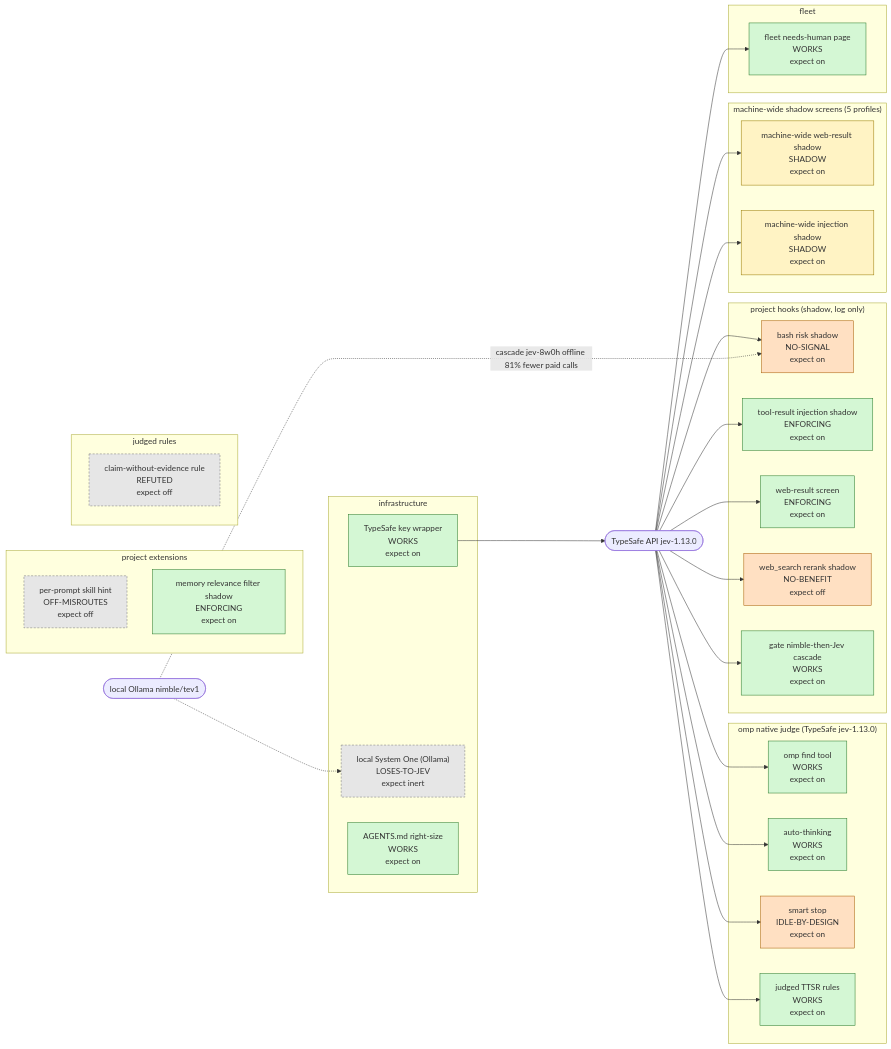
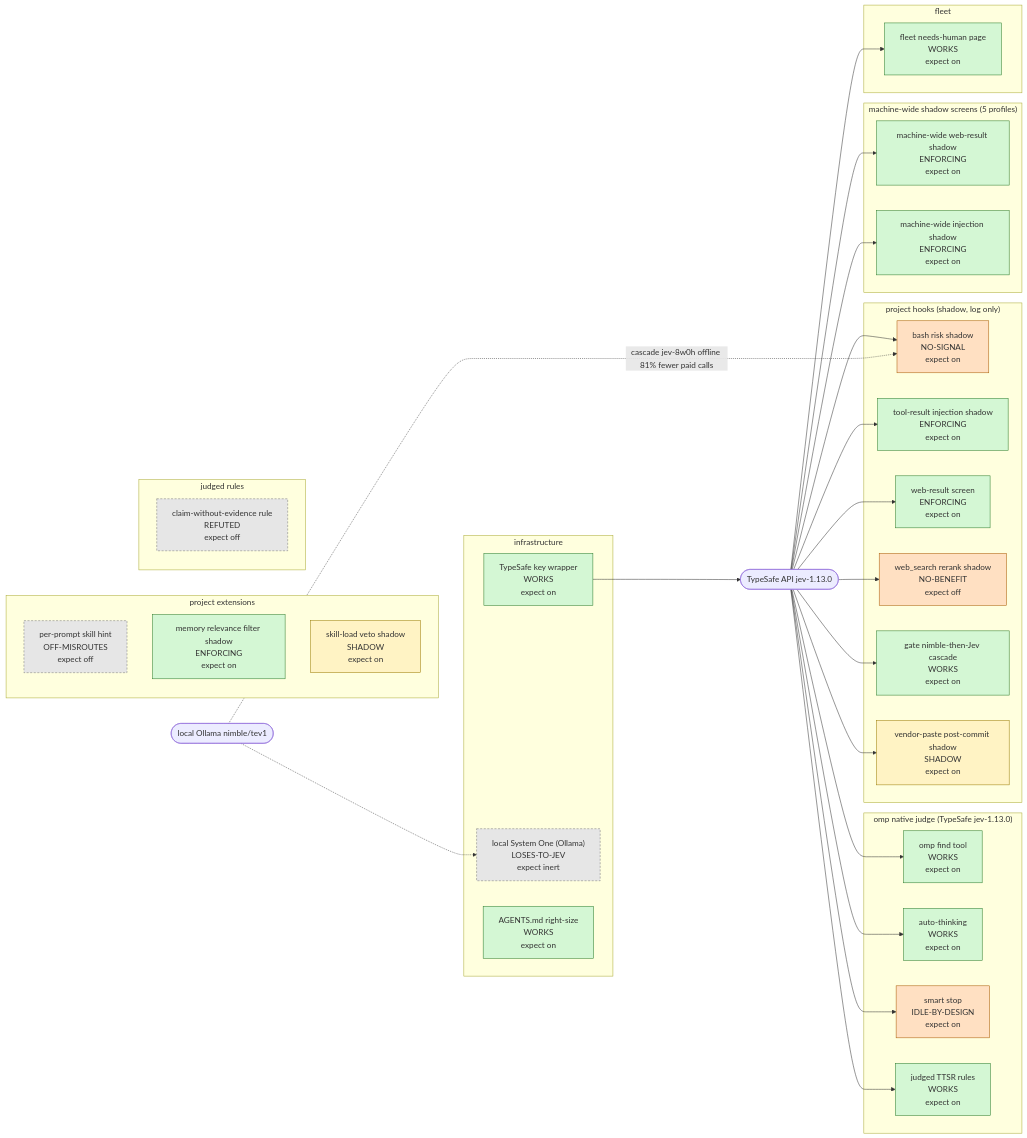
The diagram in work/jev-inventory/goldens/inventory-structure.mmd (JYeswak/jev_playground), drawn with Mermaid before and after one commit. The commit also changed 3 other files, not shown here.

```diff
--- a/work/jev-inventory/goldens/inventory-structure.mmd
+++ b/work/jev-inventory/goldens/inventory-structure.mmd
@@ -1,58 +1,61 @@
 flowchart LR
   JEV(["TypeSafe API jev-1.13.0"])
   LOCAL(["local Ollama nimble/tev1"])
   subgraph native["omp native judge (TypeSafe jev-1.13.0)"]
     find["omp find tool<br/>WORKS<br/>expect on"]
     auto_thinking["auto-thinking<br/>WORKS<br/>expect on"]
     smart_stop["smart stop<br/>IDLE-BY-DESIGN<br/>expect on"]
     ttsr_judged["judged TTSR rules<br/>WORKS<br/>expect on"]
   end
   subgraph hook["project hooks (shadow, log only)"]
     gate_observe["bash risk shadow<br/>NO-SIGNAL<br/>expect on"]
     injection_shadow["tool-result injection shadow<br/>ENFORCING<br/>expect on"]
     webscreen["web-result screen<br/>ENFORCING<br/>expect on"]
     websearch_rerank["web_search rerank shadow<br/>NO-BENEFIT<br/>expect off"]
     gate_cascade["gate nimble-then-Jev cascade<br/>WORKS<br/>expect on"]
+    vendor_shadow["vendor-paste post-commit shadow<br/>SHADOW<br/>expect on"]
   end
   subgraph global["machine-wide shadow screens (5 profiles)"]
-    webscreen_global["machine-wide web-result shadow<br/>SHADOW<br/>expect on"]
-    injection_global["machine-wide injection shadow<br/>SHADOW<br/>expect on"]
+    webscreen_global["machine-wide web-result shadow<br/>ENFORCING<br/>expect on"]
+    injection_global["machine-wide injection shadow<br/>ENFORCING<br/>expect on"]
   end
   subgraph extension["project extensions"]
     skill_hint["per-prompt skill hint<br/>OFF-MISROUTES<br/>expect off"]
     memory_filter["memory relevance filter shadow<br/>ENFORCING<br/>expect on"]
+    skill_veto["skill-load veto shadow<br/>SHADOW<br/>expect on"]
   end
   subgraph rule["judged rules"]
     claim_rule["claim-without-evidence rule<br/>REFUTED<br/>expect off"]
   end
   subgraph fleet["fleet"]
     needs_human["fleet needs-human page<br/>WORKS<br/>expect on"]
   end
   subgraph infra["infrastructure"]
     key_wrapper["TypeSafe key wrapper<br/>WORKS<br/>expect on"]
     local_sys1["local System One (Ollama)<br/>LOSES-TO-JEV<br/>expect inert"]
     agents_trim["AGENTS.md right-size<br/>WORKS<br/>expect on"]
   end
   JEV --> find
   JEV --> auto_thinking
   JEV --> smart_stop
   JEV --> ttsr_judged
   JEV --> gate_observe
   JEV --> injection_shadow
   JEV --> webscreen
   JEV --> websearch_rerank
   JEV --> needs_human
   LOCAL -.-> local_sys1
   JEV --> gate_cascade
   JEV --> webscreen_global
   JEV --> injection_global
+  JEV --> vendor_shadow
   LOCAL -. cascade jev-8w0h offline 81% fewer paid calls .-> gate_observe
   key_wrapper --> JEV
   classDef works fill:#d4f7d4,stroke:#2a7a2a
   classDef unproven fill:#fff3c4,stroke:#9a7a00
   classDef nobenefit fill:#ffe0c2,stroke:#a85a00
   classDef off fill:#e6e6e6,stroke:#777,stroke-dasharray:4 3
   class smart_stop,gate_observe,websearch_rerank nobenefit
   class skill_hint,claim_rule,local_sys1 off
-  class webscreen_global,injection_global unproven
-  class find,auto_thinking,ttsr_judged,injection_shadow,webscreen,needs_human,key_wrapper,agents_trim,memory_filter,gate_cascade works
+  class vendor_shadow,skill_veto unproven
+  class find,auto_thinking,ttsr_judged,injection_shadow,webscreen,needs_human,key_wrapper,agents_trim,memory_filter,gate_cascade,webscreen_global,injection_global works
```
